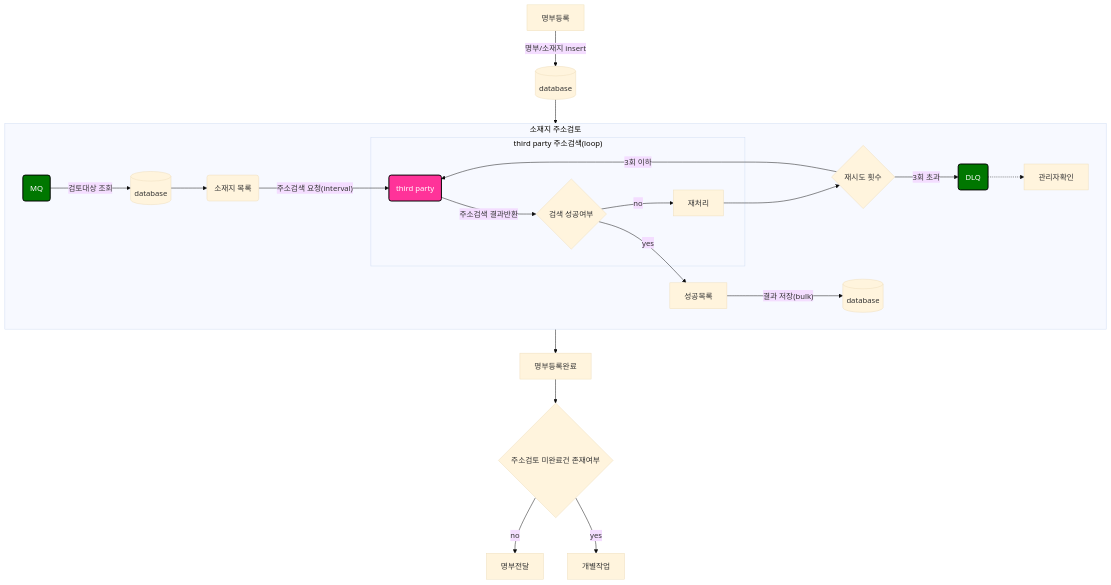
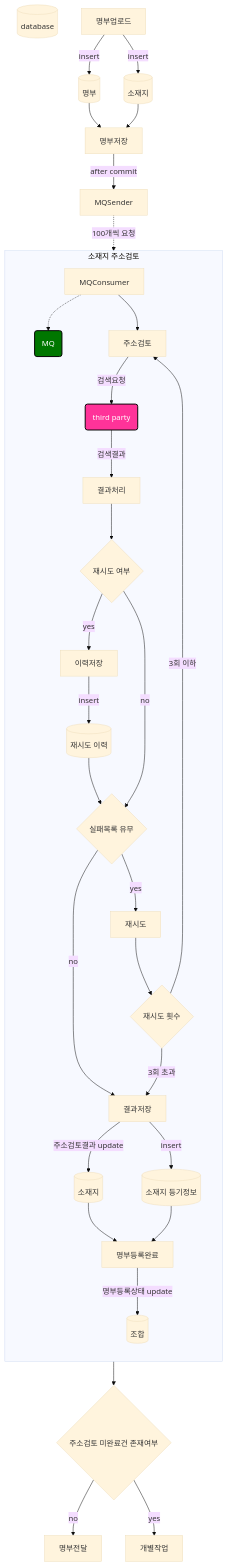
Before and after one commit to next-step/career-architecture: the diagram in tobe/ARCHITECTURE-submit.md, drawn with Mermaid (base theme). The commit also changed other lines of this file, not shown here.

Commit message:
fix: tobe 개선포인트 작성
- 재처리 프로세스 수정

````diff
--- a/tobe/ARCHITECTURE-submit.md
+++ b/tobe/ARCHITECTURE-submit.md
@@ -26,31 +26,44 @@
 ```mermaid
-flowchart TD
+flowchart TB
+    
 %% Colors %%
 classDef red fill:#FF3399,stroke:#000,stroke-width:2px,color:#fff
 classDef green fill:#007700,stroke:#000,stroke-width:2px,color:#fff
 classDef sky fill:#0000CD,stroke:#000,stroke-width:2px,color:#fff
 
-    Address(소재지 목록)
+    database[(database)]
 
-    명부등록-->|명부/소재지 insert|register[(database)]-->MQ
+
+    명부업로드-->|insert|register[(명부)]
+    명부업로드-->|insert|address[(소재지)]
+    register-->명부저장
+    address-->명부저장
+    명부저장-->|after commit|MQSender
+    MQSender-.->|100개씩 요청|MQ
     subgraph 소재지 주소검토
-        direction LR
-            MQ-->|검토대상 조회|locAddress[(database)]-->Address-->|"주소검색 요청(interval)"|thirdParty
-            subgraph "third party 주소검색(loop)"
-                thirdParty-->|주소검색 결과반환|Response{검색 성공여부}
-                Response-->|no|재처리
-            end
-        재처리-->retry{재시도 횟수}
-        retry-->|3회 이하|thirdParty
-        retry-->|3회 초과|DLQ-.->관리자확인
-            Response-->|yes|성공목록
-            성공목록-->|"결과 저장(bulk)"|locDetailAddress[(database)]
+        direction TB
+        MQConsumer-.->MQ
+        MQConsumer-->주소검토
+            주소검토-->|검색요청|thirdParty-->|검색결과|결과처리
+%%            결과처리-->재시도처리
+            결과처리-->RetryYn{재시도 여부}
+            RetryYn-->|yes|이력저장-->|insert|retryHistory[(재시도 이력)]-->Response
+            RetryYn-->|no|Response{실패목록 유무}
+%%        재시도처리-->Response{실패목록 유무}
+        Response-->|no|결과저장-->|주소검토결과 update|소재지[(소재지)]
+        결과저장-->|insert|addressDetail[(소재지 등기정보)]
+        Response-->|yes|재시도
+        재시도-->retry{재시도 횟수}
+            retry-->|3회 이하|주소검토
+            retry-->|3회 초과|결과저장
+        소재지-->명부등록완료
+        addressDetail-->명부등록완료
+        명부등록완료-->|명부등록상태 update|union[(조합)]
     end
-    locDetailAddress-->명부등록완료-->주소검토결과{주소검토 미완료건 존재여부}
+    union-->주소검토결과{주소검토 미완료건 존재여부}
     주소검토결과-->|no|명부전달
     주소검토결과-->|yes|개별작업
     
     thirdParty(third party):::red
     MQ(MQ):::green
-    DLQ(DLQ):::green
 ``` 
````
